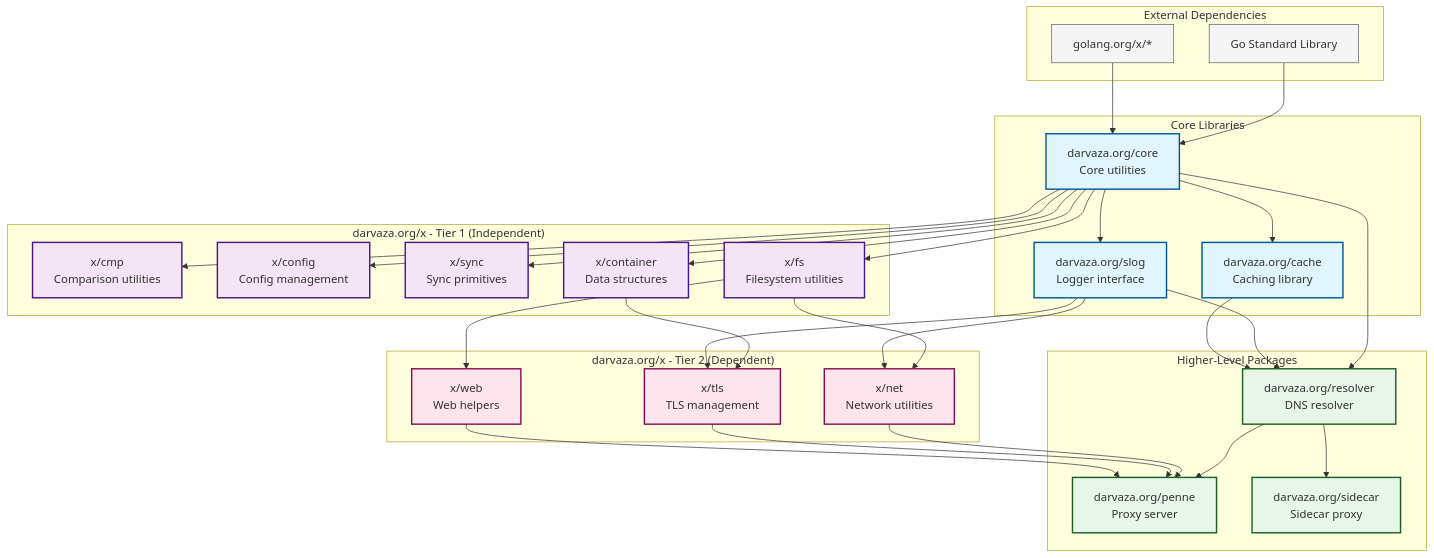
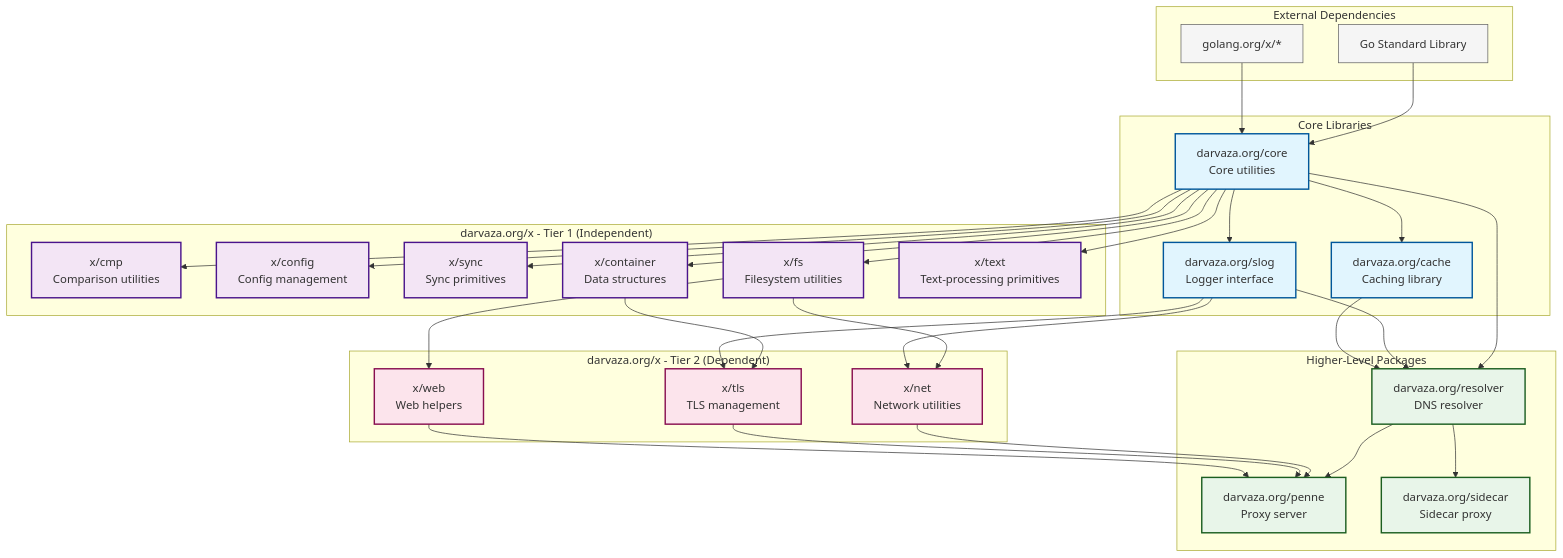
Before and after one commit to darvaza-proxy/x: the diagram in README.md, drawn with Mermaid. The commit also changed other lines of this file and 12 other files, not shown here.

````diff
--- a/README.md
+++ b/README.md
@@ -83,76 +88,78 @@
 ```mermaid
 graph TB
     subgraph "External Dependencies"
         stdlib[Go Standard Library]
         ext[golang.org/x/*]
     end
 
     subgraph "Core Libraries"
         core[darvaza.org/core<br/>Core utilities]
         slog[darvaza.org/slog<br/>Logger interface]
         cache[darvaza.org/cache<br/>Caching library]
     end
 
     subgraph "darvaza.org/x - Tier 1 (Independent)"
         cmp[x/cmp<br/>Comparison utilities]
         config[x/config<br/>Config management]
         sync[x/sync<br/>Sync primitives]
         fs[x/fs<br/>Filesystem utilities]
         container[x/container<br/>Data structures]
+        text[x/text<br/>Text-processing primitives]
     end
 
     subgraph "darvaza.org/x - Tier 2 (Dependent)"
         net[x/net<br/>Network utilities]
         web[x/web<br/>Web helpers]
         tls[x/tls<br/>TLS management]
     end
 
     subgraph "Higher-Level Packages"
         resolver[darvaza.org/resolver<br/>DNS resolver]
         penne[darvaza.org/penne<br/>Proxy server]
         sidecar[darvaza.org/sidecar<br/>Sidecar proxy]
     end
 
     %% Core dependencies
     stdlib --> core
     ext --> core
     core --> slog
     core --> cache
 
     %% x/ Tier 1 dependencies
     core --> cmp
     core --> config
     core --> sync
     core --> fs
     core --> container
+    core --> text
 
     %% x/ Tier 2 dependencies
     fs --> net
     fs --> web
     container --> tls
     slog --> net
     slog --> tls
 
     %% Higher-level dependencies
     core --> resolver
     slog --> resolver
     cache --> resolver
 
     resolver --> penne
     resolver --> sidecar
     net --> penne
     tls --> penne
     web --> penne
 
     classDef core fill:#e1f5fe,stroke:#01579b,stroke-width:2px
     classDef tier1 fill:#f3e5f5,stroke:#4a148c,stroke-width:2px
     classDef tier2 fill:#fce4ec,stroke:#880e4f,stroke-width:2px
     classDef external fill:#f5f5f5,stroke:#616161,stroke-width:1px
     classDef highlevel fill:#e8f5e9,stroke:#1b5e20,stroke-width:2px
 
     class core,slog,cache core
-    class cmp,config,sync,fs,container tier1
+    class cmp,config,sync,fs,container,text tier1
     class net,web,tls tier2
     class stdlib,ext external
     class resolver,penne,sidecar highlevel
 ```
````
